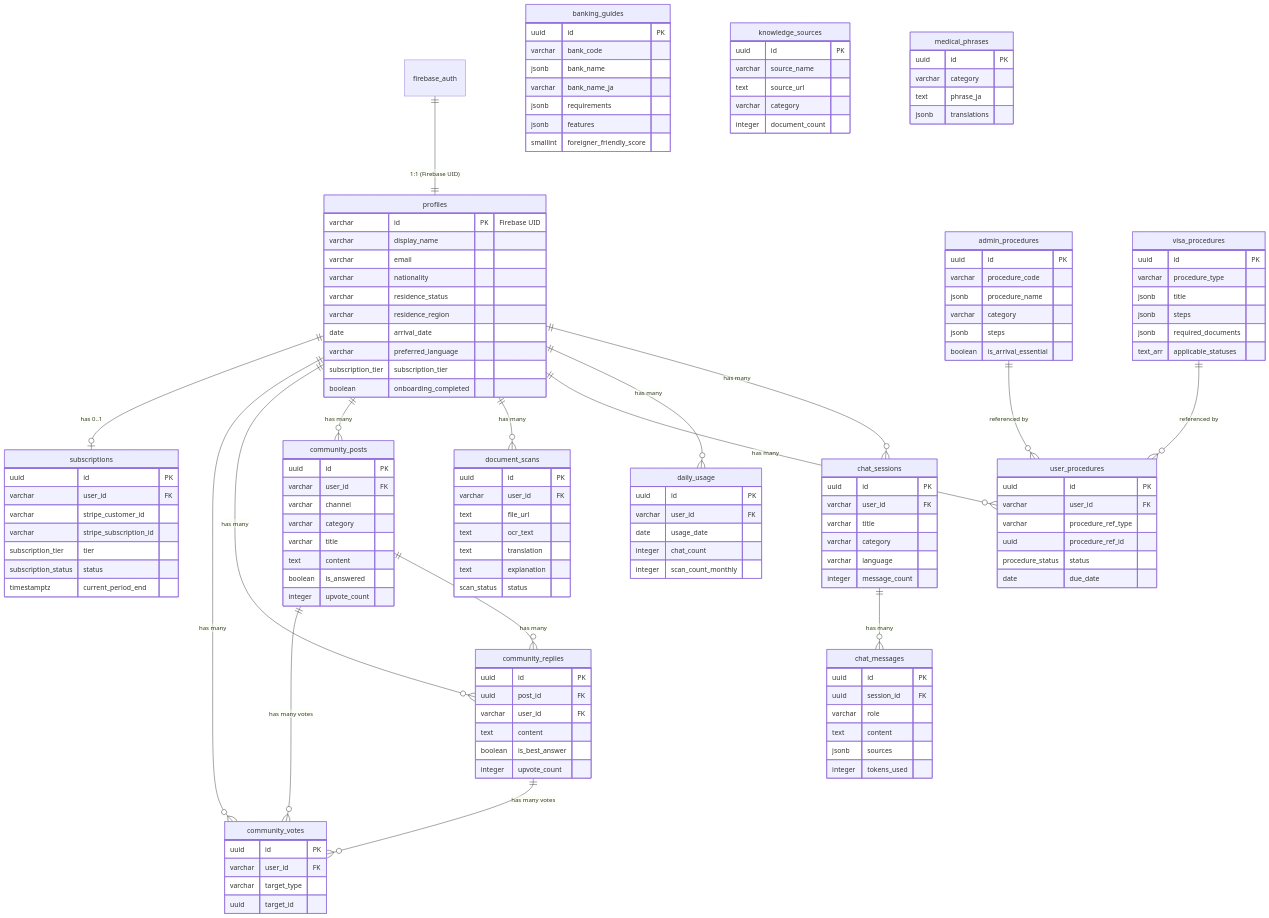
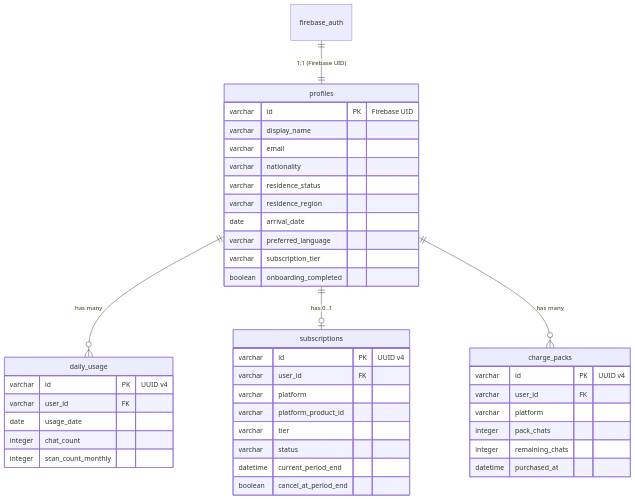
The diagram in architecture/DATA_MODEL.md (cjttca-cd/gaijin-life-navi), drawn with Mermaid before and after one commit. The commit also changed other lines of this file and 30 other files, not shown here.

````diff
--- a/architecture/DATA_MODEL.md
+++ b/architecture/DATA_MODEL.md
@@ -427,23 +164,9 @@
 ```mermaid
 erDiagram
     firebase_auth ||--|| profiles : "1:1 (Firebase UID)"
-    profiles ||--o{ chat_sessions : "has many"
     profiles ||--o{ daily_usage : "has many"
-    profiles ||--o{ user_procedures : "has many"
-    profiles ||--o{ document_scans : "has many"
-    profiles ||--o{ community_posts : "has many"
-    profiles ||--o{ community_replies : "has many"
-    profiles ||--o{ community_votes : "has many"
     profiles ||--o| subscriptions : "has 0..1"
-
-    chat_sessions ||--o{ chat_messages : "has many"
-
-    admin_procedures ||--o{ user_procedures : "referenced by"
-    visa_procedures ||--o{ user_procedures : "referenced by"
-
-    community_posts ||--o{ community_replies : "has many"
-    community_posts ||--o{ community_votes : "has many votes"
-    community_replies ||--o{ community_votes : "has many votes"
+    profiles ||--o{ charge_packs : "has many"
 
     profiles {
         varchar id PK "Firebase UID"
@@ -454,132 +177,35 @@
         varchar residence_region
         date arrival_date
         varchar preferred_language
-        subscription_tier subscription_tier
+        varchar subscription_tier
         boolean onboarding_completed
     }
 
-    chat_sessions {
-        uuid id PK
-        varchar user_id FK
-        varchar title
-        varchar category
-        varchar language
-        integer message_count
-    }
-
-    chat_messages {
-        uuid id PK
-        uuid session_id FK
-        varchar role
-        text content
-        jsonb sources
-        integer tokens_used
-    }
-
     daily_usage {
-        uuid id PK
+        varchar id PK "UUID v4"
         varchar user_id FK
         date usage_date
         integer chat_count
         integer scan_count_monthly
     }
 
-    banking_guides {
-        uuid id PK
-        varchar bank_code
-        jsonb bank_name
-        varchar bank_name_ja
-        jsonb requirements
-        jsonb features
-        smallint foreigner_friendly_score
+    subscriptions {
+        varchar id PK "UUID v4"
+        varchar user_id FK
+        varchar platform
+        varchar platform_product_id
+        varchar tier
+        varchar status
+        datetime current_period_end
+        boolean cancel_at_period_end
     }
 
-    visa_procedures {
-        uuid id PK
-        varchar procedure_type
-        jsonb title
-        jsonb steps
-        jsonb required_documents
-        text_arr applicable_statuses
-    }
-
-    admin_procedures {
-        uuid id PK
-        varchar procedure_code
-        jsonb procedure_name
-        varchar category
-        jsonb steps
-        boolean is_arrival_essential
-    }
-
-    user_procedures {
-        uuid id PK
+    charge_packs {
+        varchar id PK "UUID v4"
         varchar user_id FK
-        varchar procedure_ref_type
-        uuid procedure_ref_id
-        procedure_status status
-        date due_date
-    }
-
-    document_scans {
-        uuid id PK
-        varchar user_id FK
-        text file_url
-        text ocr_text
-        text translation
-        text explanation
-        scan_status status
-    }
-
-    community_posts {
-        uuid id PK
-        varchar user_id FK
-        varchar channel
-        varchar category
-        varchar title
-        text content
-        boolean is_answered
-        integer upvote_count
-    }
-
-    community_replies {
-        uuid id PK
-        uuid post_id FK
-        varchar user_id FK
-        text content
-        boolean is_best_answer
-        integer upvote_count
-    }
-
-    community_votes {
-        uuid id PK
-        varchar user_id FK
-        varchar target_type
-        uuid target_id
-    }
-
-    subscriptions {
-        uuid id PK
-        varchar user_id FK
-        varchar stripe_customer_id
-        varchar stripe_subscription_id
-        subscription_tier tier
-        subscription_status status
-        timestamptz current_period_end
-    }
-
-    knowledge_sources {
-        uuid id PK
-        varchar source_name
-        text source_url
-        varchar category
-        integer document_count
-    }
-
-    medical_phrases {
-        uuid id PK
-        varchar category
-        text phrase_ja
-        jsonb translations
+        varchar platform
+        integer pack_chats
+        integer remaining_chats
+        datetime purchased_at
     }
 ```
````
